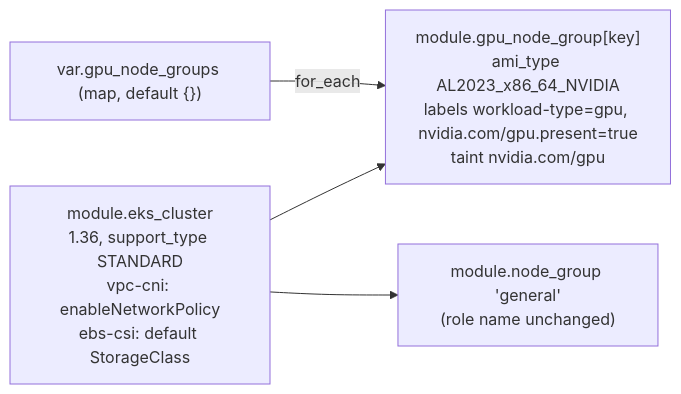
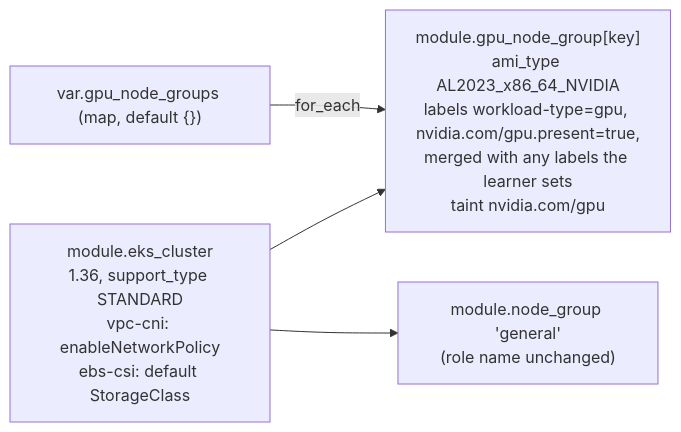
One commit to ChrisAdkin8/kubernetes-dojo changed the diagram in docs/specs/2026-09-14-p0-p1-correctness-fixes-1-platform.md. Above: the diagram before and after it, drawn with Mermaid. The commit also changed other lines of this file, not shown here.

````diff
--- a/docs/specs/2026-09-14-p0-p1-correctness-fixes-1-platform.md
+++ b/docs/specs/2026-09-14-p0-p1-correctness-fixes-1-platform.md
@@ -54,8 +56,8 @@
 ```mermaid
 flowchart LR
-  V["var.gpu_node_groups (map, default {})"] -->|for_each| G["module.gpu_node_group[key]<br/>ami_type AL2023_x86_64_NVIDIA<br/>labels workload-type=gpu, nvidia.com/gpu.present=true<br/>taint nvidia.com/gpu"]
+  V["var.gpu_node_groups (map, default {})"] -->|for_each| G["module.gpu_node_group[key]<br/>ami_type AL2023_x86_64_NVIDIA<br/>labels workload-type=gpu, nvidia.com/gpu.present=true,<br/>merged with any labels the learner sets<br/>taint nvidia.com/gpu"]
   N["module.node_group 'general'<br/>(role name unchanged)"]
   C["module.eks_cluster<br/>1.36, support_type STANDARD<br/>vpc-cni: enableNetworkPolicy<br/>ebs-csi: default StorageClass"]
   C --> N
   C --> G
 ```
````
